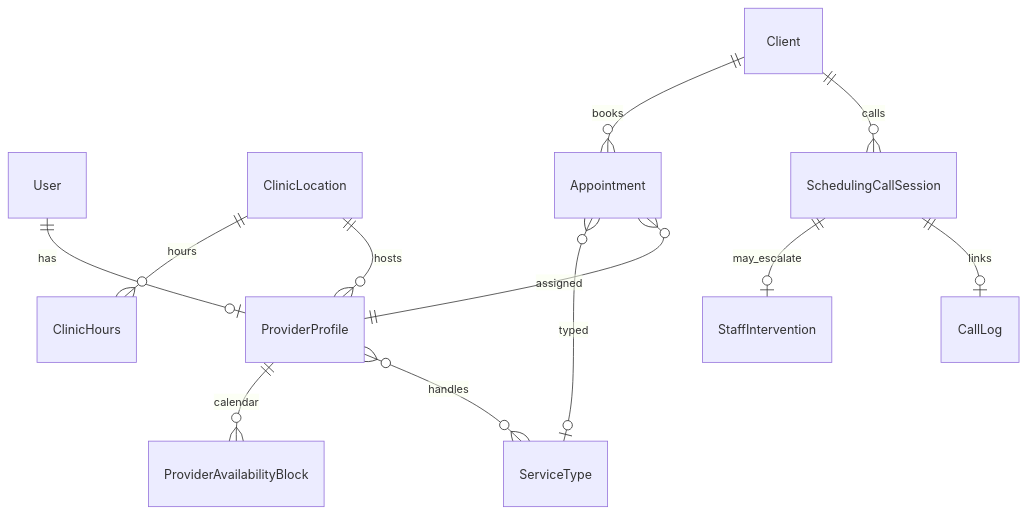
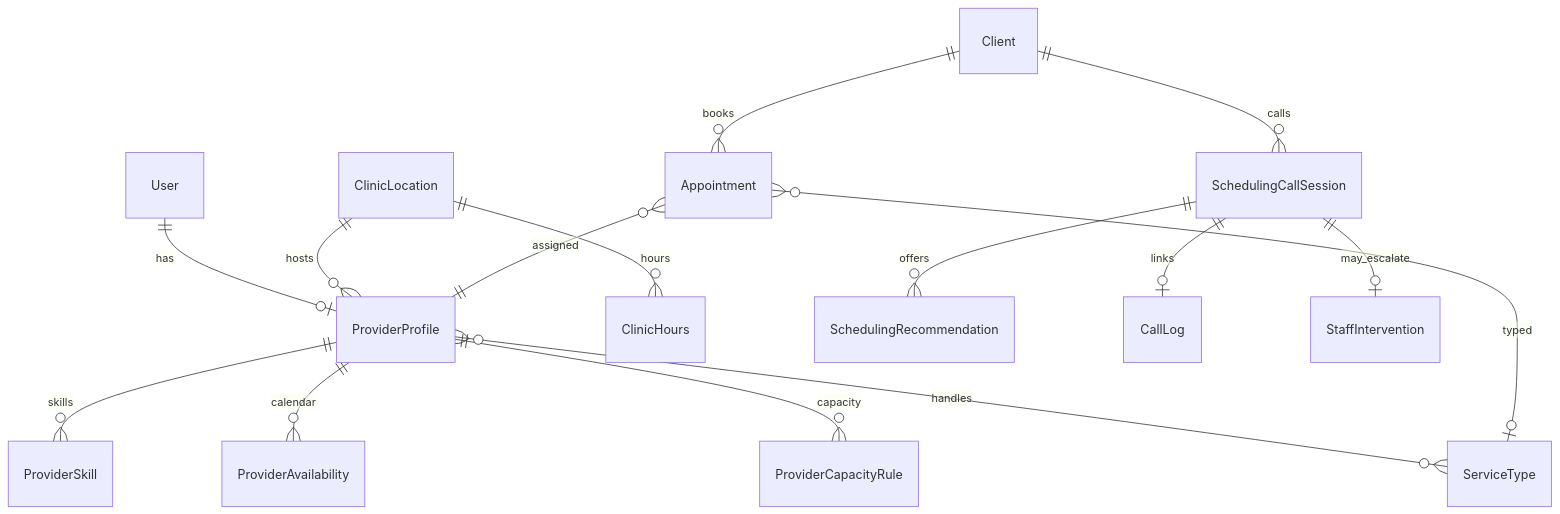
The diagram in docs/phase9/DATA-MODEL-PLAN.md (iseogo/medflow-ai), drawn with Mermaid before and after one commit. The commit also changed other lines of this file and 13 other files, not shown here.

````diff
--- a/docs/phase9/DATA-MODEL-PLAN.md
+++ b/docs/phase9/DATA-MODEL-PLAN.md
@@ -196,14 +259,17 @@
 ```mermaid
 erDiagram
   User ||--o| ProviderProfile : has
+  ProviderProfile ||--o{ ProviderSkill : skills
+  ProviderProfile ||--o{ ProviderAvailability : calendar
+  ProviderProfile ||--o{ ProviderCapacityRule : capacity
   ProviderProfile }o--o{ ServiceType : handles
-  ProviderProfile ||--o{ ProviderAvailabilityBlock : calendar
   ClinicLocation ||--o{ ProviderProfile : hosts
   ClinicLocation ||--o{ ClinicHours : hours
+  SchedulingCallSession ||--o{ SchedulingRecommendation : offers
   Client ||--o{ SchedulingCallSession : calls
   SchedulingCallSession ||--o| CallLog : links
   SchedulingCallSession ||--o| StaffIntervention : may_escalate
   Client ||--o{ Appointment : books
   Appointment }o--|| ProviderProfile : assigned
   Appointment }o--o| ServiceType : typed
 ```
````
